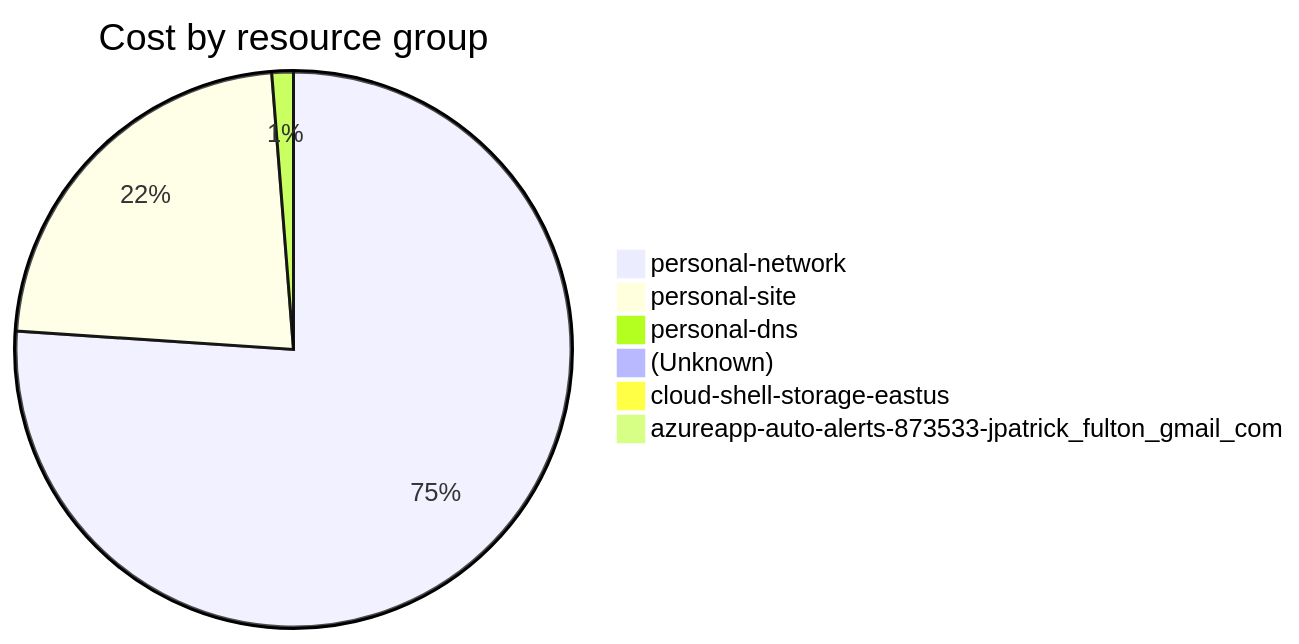
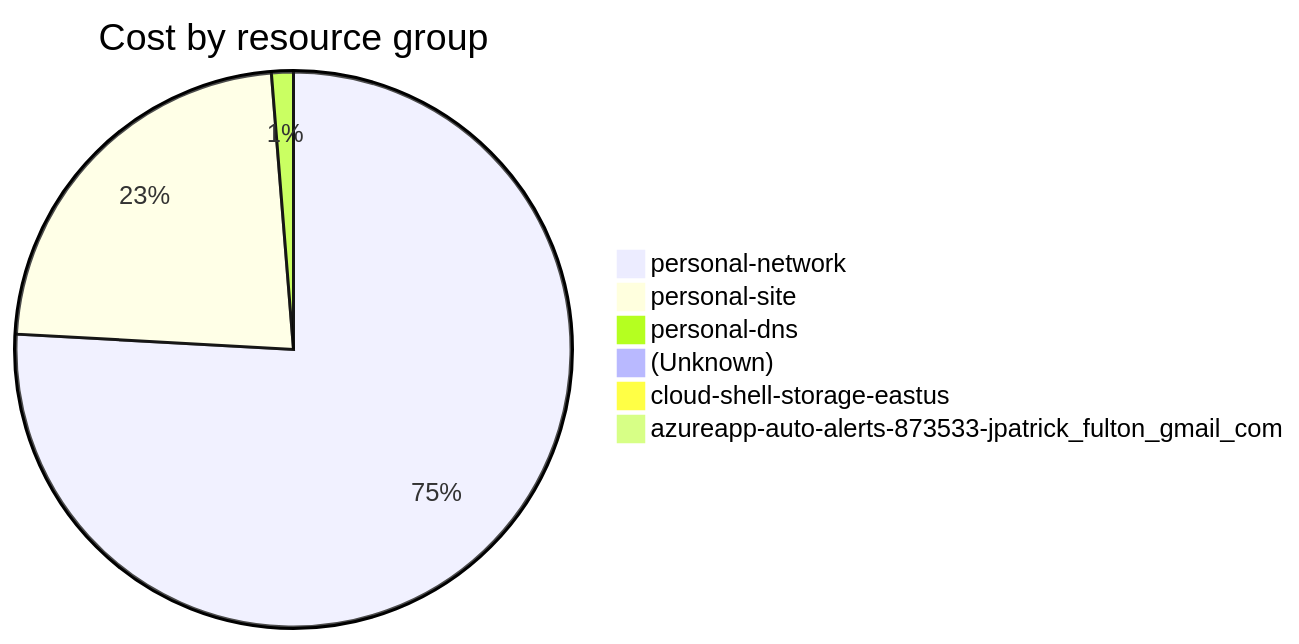
One commit to jpfulton/azure-personal-reports changed the fourth of 4 diagrams in cost-reports/accumulated-cost.md. Above: the diagram before and after it, drawn with Mermaid. The commit also changed other lines of this file and 4 other files, not shown here.

````diff
--- a/cost-reports/accumulated-cost.md
+++ b/cost-reports/accumulated-cost.md
@@ -156,10 +156,10 @@
 ```mermaid
 pie
    title Cost by resource group
-   "personal-network" : 51.62
-   "personal-site" : 15.40
-   "personal-dns" : 0.85
-   "(Unknown)" : 0.57
-   "cloud-shell-storage-eastus" : 0.27
+   "personal-network" : 53.11
+   "personal-site" : 15.99
+   "personal-dns" : 0.89
+   "(Unknown)" : 0.58
+   "cloud-shell-storage-eastus" : 0.28
    "azureapp-auto-alerts-873533-jpatrick_fulton_gmail_com" : 0.00
 ```
````
